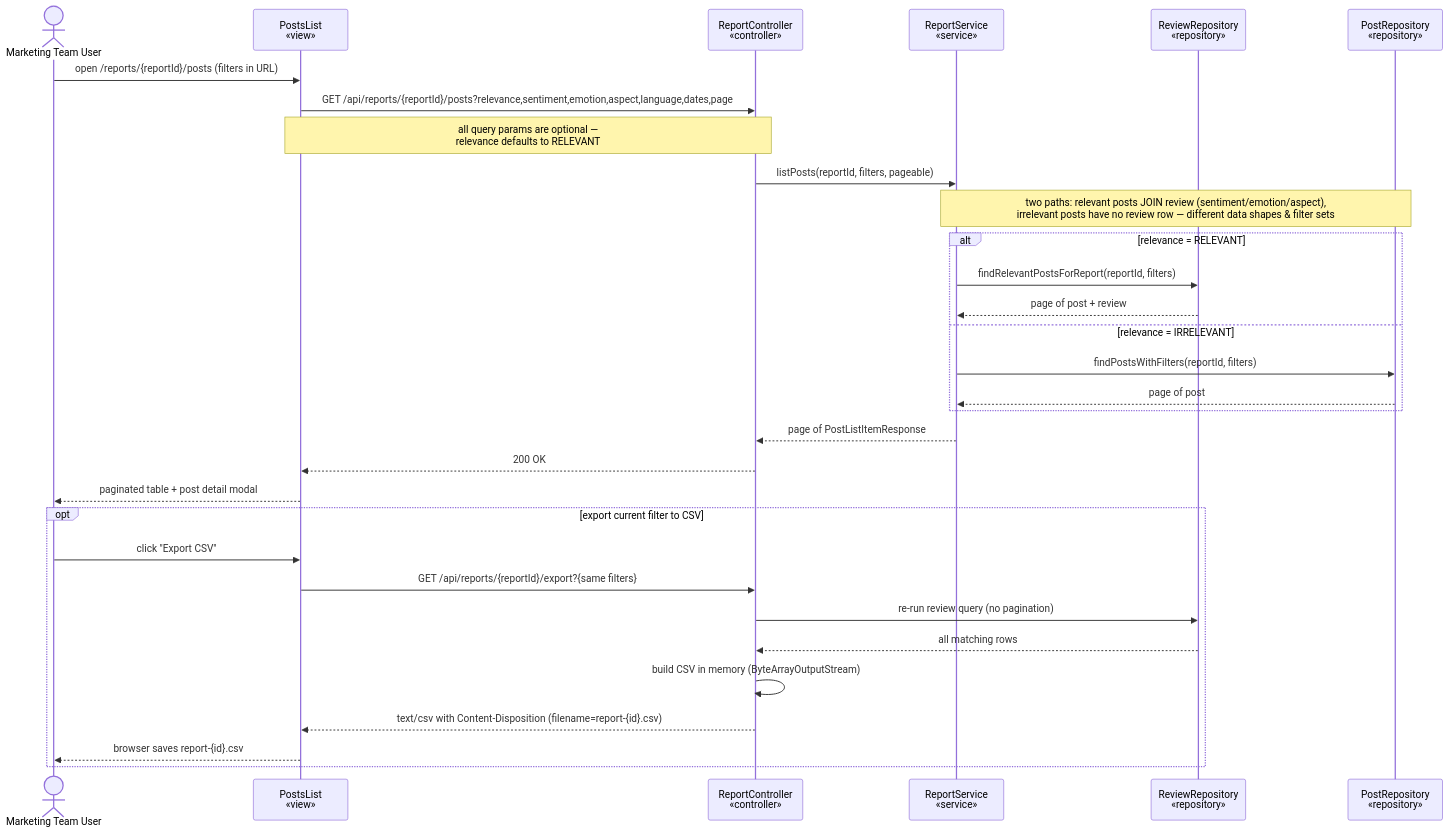
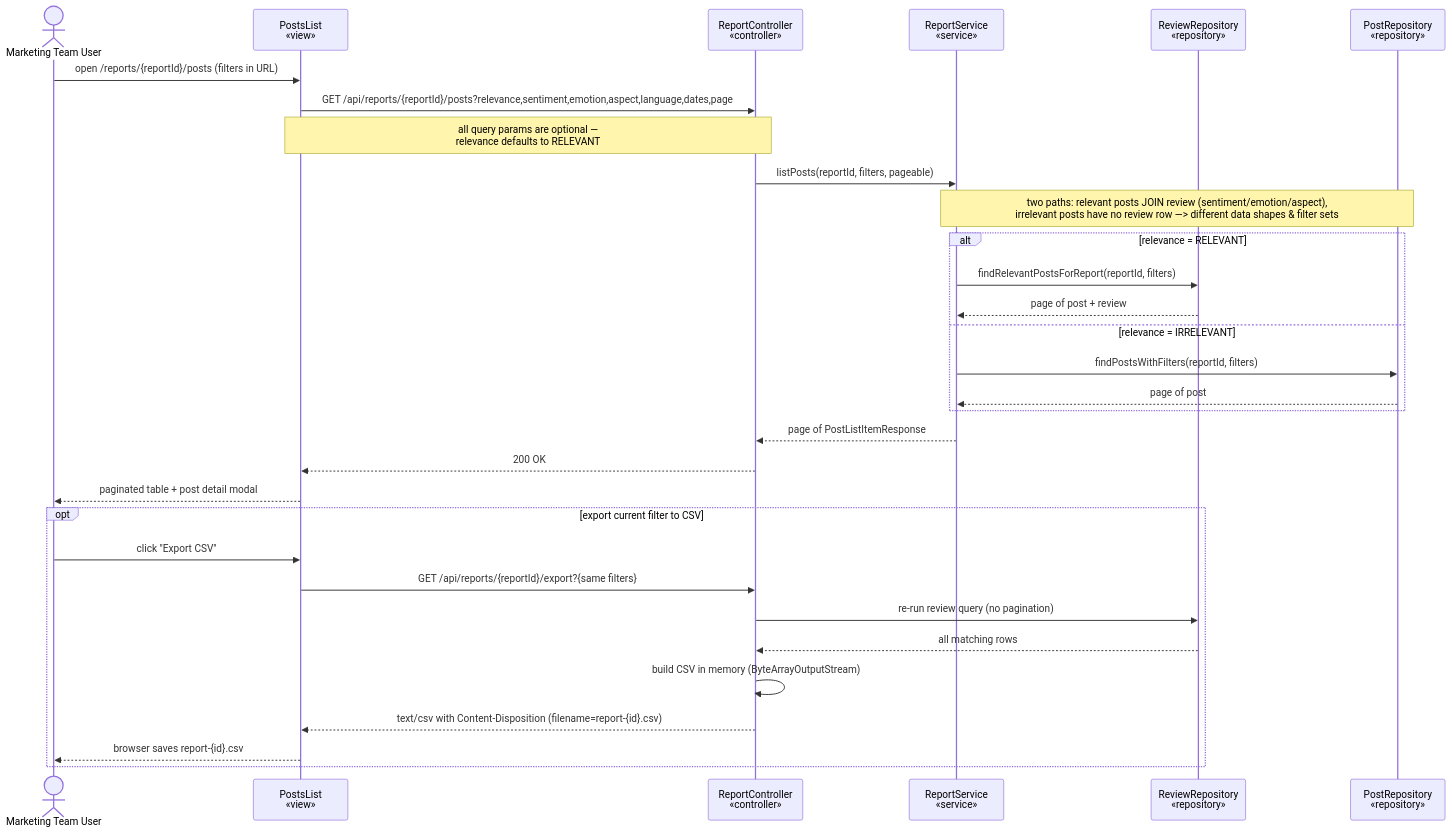
One commit to OmarAlbassam/hawa changed the diagram in docs/diagrams/sequence/view-posts.mmd. Above: the diagram before and after it, drawn with Mermaid.

Commit message:
add arrow

```diff
--- a/docs/diagrams/sequence/view-posts.mmd
+++ b/docs/diagrams/sequence/view-posts.mmd
@@ -1,33 +1,33 @@
 sequenceDiagram
     actor U as Marketing Team User
     participant FE as PostsList<br/>«view»
     participant RC as ReportController<br/>«controller»
     participant RS as ReportService<br/>«service»
     participant ReR as ReviewRepository<br/>«repository»
     participant PR as PostRepository<br/>«repository»
 
     U->>FE: open /reports/{reportId}/posts (filters in URL)
     FE->>RC: GET /api/reports/{reportId}/posts?relevance,sentiment,emotion,aspect,language,dates,page
     Note over FE,RC: all query params are optional —<br/>relevance defaults to RELEVANT
     RC->>RS: listPosts(reportId, filters, pageable)
-    Note over RS,PR: two paths: relevant posts JOIN review (sentiment/emotion/aspect),<br/>irrelevant posts have no review row — different data shapes & filter sets
+    Note over RS,PR: two paths: relevant posts JOIN review (sentiment/emotion/aspect),<br/>irrelevant posts have no review row —> different data shapes & filter sets
     alt relevance = RELEVANT
         RS->>ReR: findRelevantPostsForReport(reportId, filters)
         ReR-->>RS: page of post + review
     else relevance = IRRELEVANT
         RS->>PR: findPostsWithFilters(reportId, filters)
         PR-->>RS: page of post
     end
     RS-->>RC: page of PostListItemResponse
     RC-->>FE: 200 OK
     FE-->>U: paginated table + post detail modal
 
     opt export current filter to CSV
         U->>FE: click "Export CSV"
         FE->>RC: GET /api/reports/{reportId}/export?{same filters}
         RC->>ReR: re-run review query (no pagination)
         ReR-->>RC: all matching rows
         RC->>RC: build CSV in memory (ByteArrayOutputStream)
         RC-->>FE: text/csv with Content-Disposition (filename=report-{id}.csv)
         FE-->>U: browser saves report-{id}.csv
     end
```
